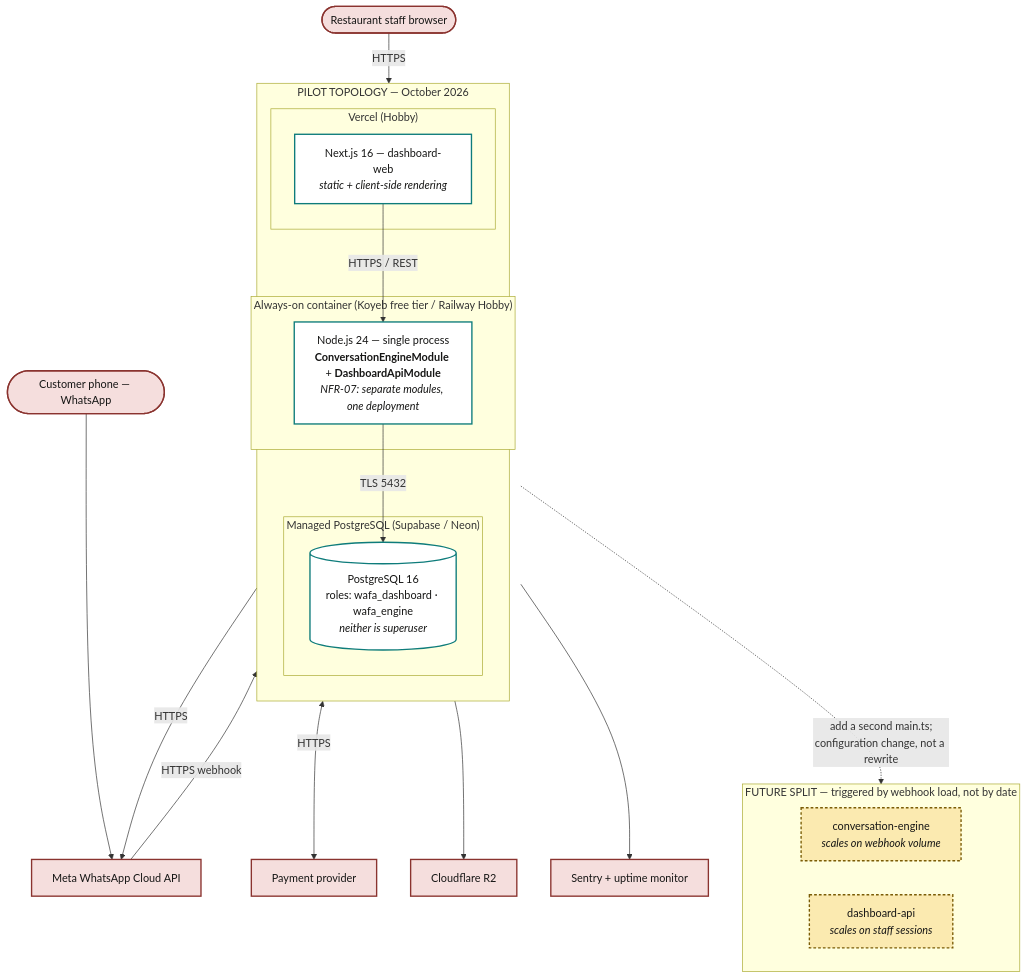
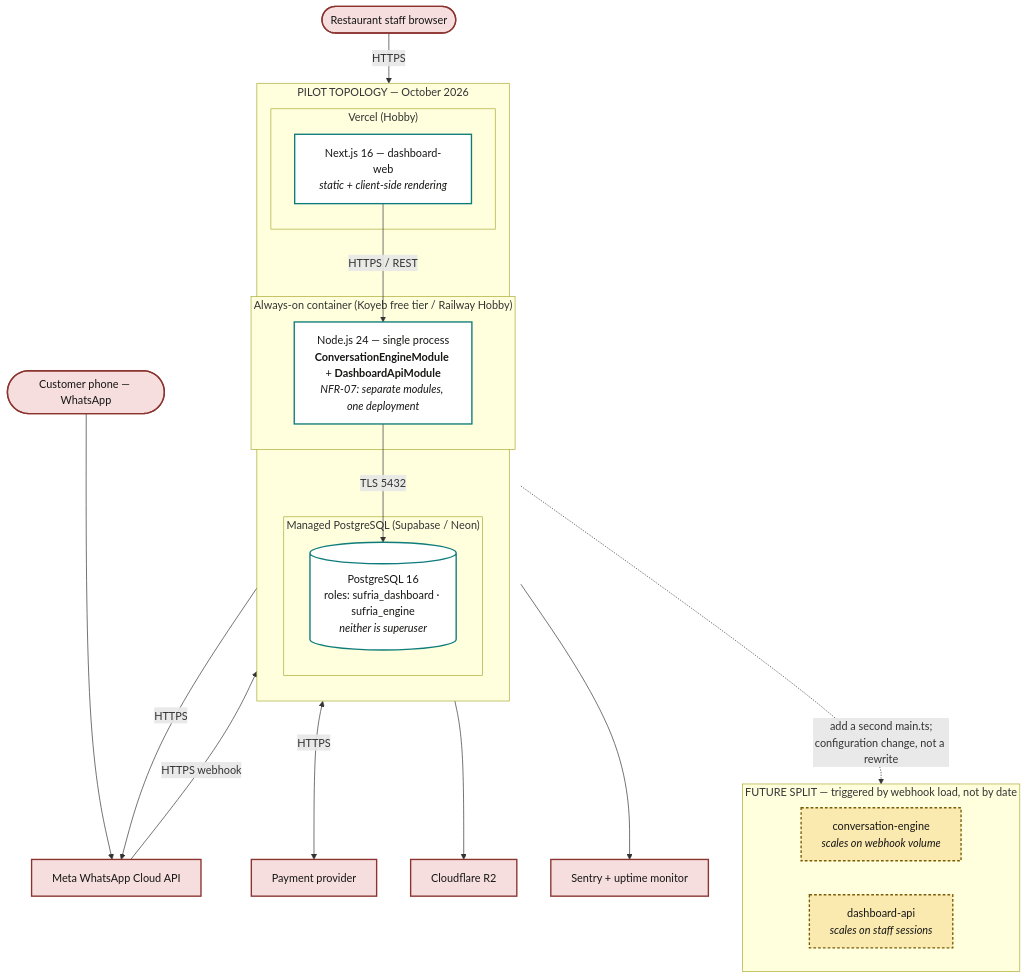
One commit to mozz-labs/sufria changed the sixth of 26 diagrams in docs/diagrams/README.md. Above: the diagram before and after it, drawn with Mermaid. The commit also changed other lines of this file and 47 other files, not shown here.

Commit message:
chore: rename brand from Wafa to Sufria across packages, migrations, fixtures and docs

````diff
--- a/docs/diagrams/README.md
+++ b/docs/diagrams/README.md
@@ -269,44 +269,44 @@
 ```mermaid
 flowchart TB
     classDef node fill:#E1EAEE,stroke:#35555F,stroke-width:2px,color:#161615
     classDef proc fill:#FFFFFF,stroke:#0E7C7B,color:#161615
     classDef ext fill:#F5DEDD,stroke:#8A332F,color:#161615
     classDef future fill:#FBEAB0,stroke:#7A5C06,stroke-dasharray:4 3,color:#161615
 
     subgraph PILOT["PILOT TOPOLOGY — October 2026"]
         direction TB
         subgraph N1["Always-on container (Koyeb free tier / Railway Hobby)"]
             P1["Node.js 24 — single process<br/><b>ConversationEngineModule</b> + <b>DashboardApiModule</b><br/><i>NFR-07: separate modules, one deployment</i>"]:::proc
         end
         subgraph N2["Vercel (Hobby)"]
             P2["Next.js 16 — dashboard-web<br/><i>static + client-side rendering</i>"]:::proc
         end
         subgraph N3["Managed PostgreSQL (Supabase / Neon)"]
-            P3[("PostgreSQL 16<br/>roles: wafa_dashboard · wafa_engine<br/><i>neither is superuser</i>")]:::proc
+            P3[("PostgreSQL 16<br/>roles: sufria_dashboard · sufria_engine<br/><i>neither is superuser</i>")]:::proc
         end
     end
 
     BROWSER(["Restaurant staff browser"]):::ext
     PHONE(["Customer phone — WhatsApp"]):::ext
     META["Meta WhatsApp Cloud API"]:::ext
     PAYG["Payment provider"]:::ext
     R2["Cloudflare R2"]:::ext
     SENTRY["Sentry + uptime monitor"]:::ext
 
     BROWSER -->|"HTTPS"| P2
     P2 -->|"HTTPS / REST"| P1
     PHONE --> META
     META -->|"HTTPS webhook"| P1
     P1 -->|"HTTPS"| META
     P1 <-->|"HTTPS"| PAYG
     P1 -->|"TLS 5432"| P3
     P2 --> R2
     P1 --> SENTRY
 
     subgraph LATER["FUTURE SPLIT — triggered by webhook load, not by date"]
         direction LR
         F1["conversation-engine<br/><i>scales on webhook volume</i>"]:::future
         F2["dashboard-api<br/><i>scales on staff sessions</i>"]:::future
     end
     P1 -.->|"add a second main.ts;<br/>configuration change, not a rewrite"| LATER
 ```
````
